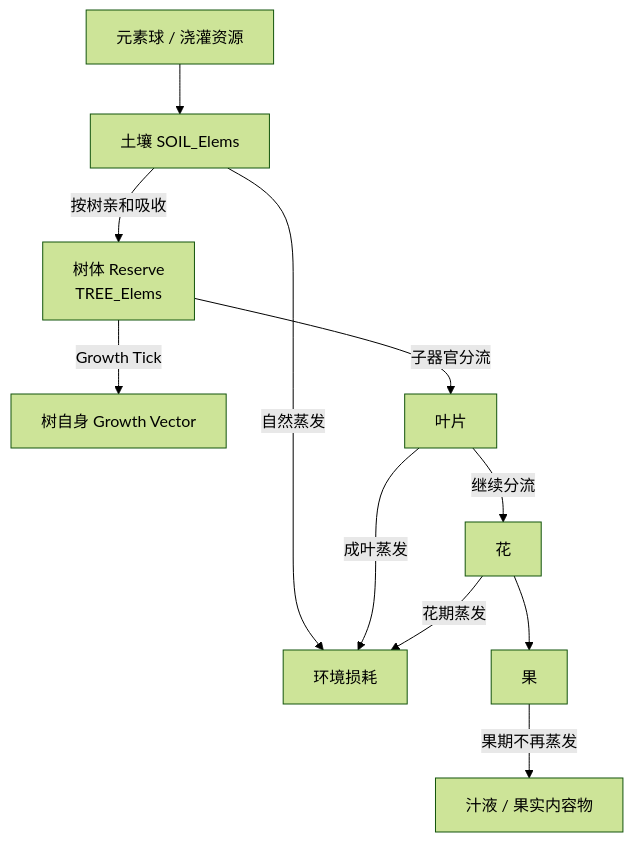
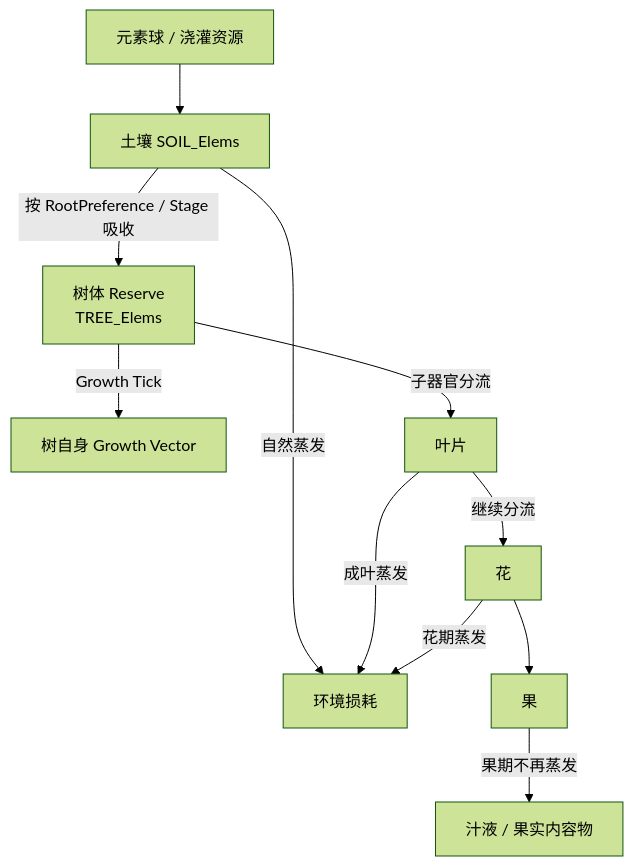
The diagram in mvp/watermelon-kitchen/growth-system.md (Ri0n72Y/idea-slime-bar), drawn with Mermaid (forest theme) before and after one commit. The commit also changed other lines of this file, not shown here.

Commit message:
docs: separate root preference from growth affinity

````diff
--- a/mvp/watermelon-kitchen/growth-system.md
+++ b/mvp/watermelon-kitchen/growth-system.md
@@ -21,18 +22,18 @@
 ```mermaid
 flowchart TD
     A[元素球 / 浇灌资源]
     --> B[土壤 SOIL_Elems]
 
     B -->|自然蒸发| X[环境损耗]
-    B -->|按树亲和吸收| C[树体 Reserve<br/>TREE_Elems]
+    B -->|按 RootPreference / Stage 吸收| C[树体 Reserve<br/>TREE_Elems]
 
     C -->|Growth Tick| D[树自身 Growth Vector]
 
     C -->|子器官分流| E[叶片]
     E -->|继续分流| F[花]
     F --> G[果]
 
     E -->|成叶蒸发| X
     F -->|花期蒸发| X
     G -->|果期不再蒸发| H[汁液 / 果实内容物]
 ```
````
